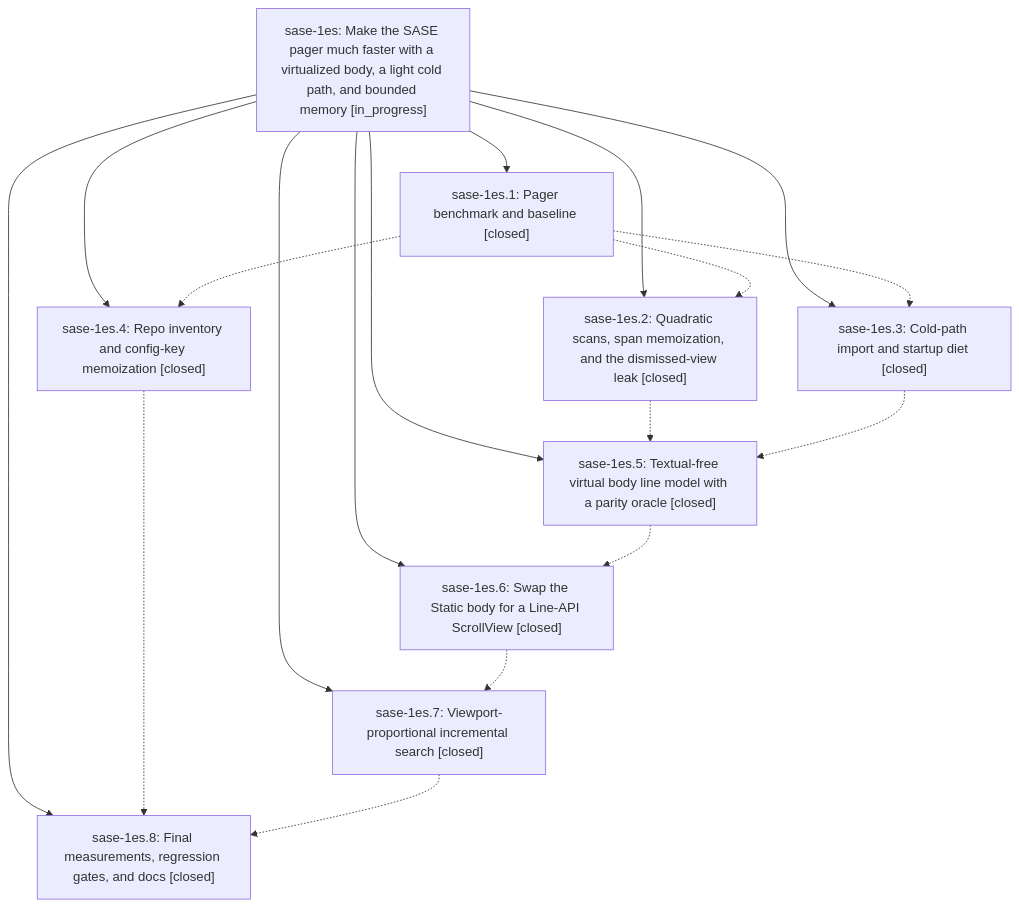
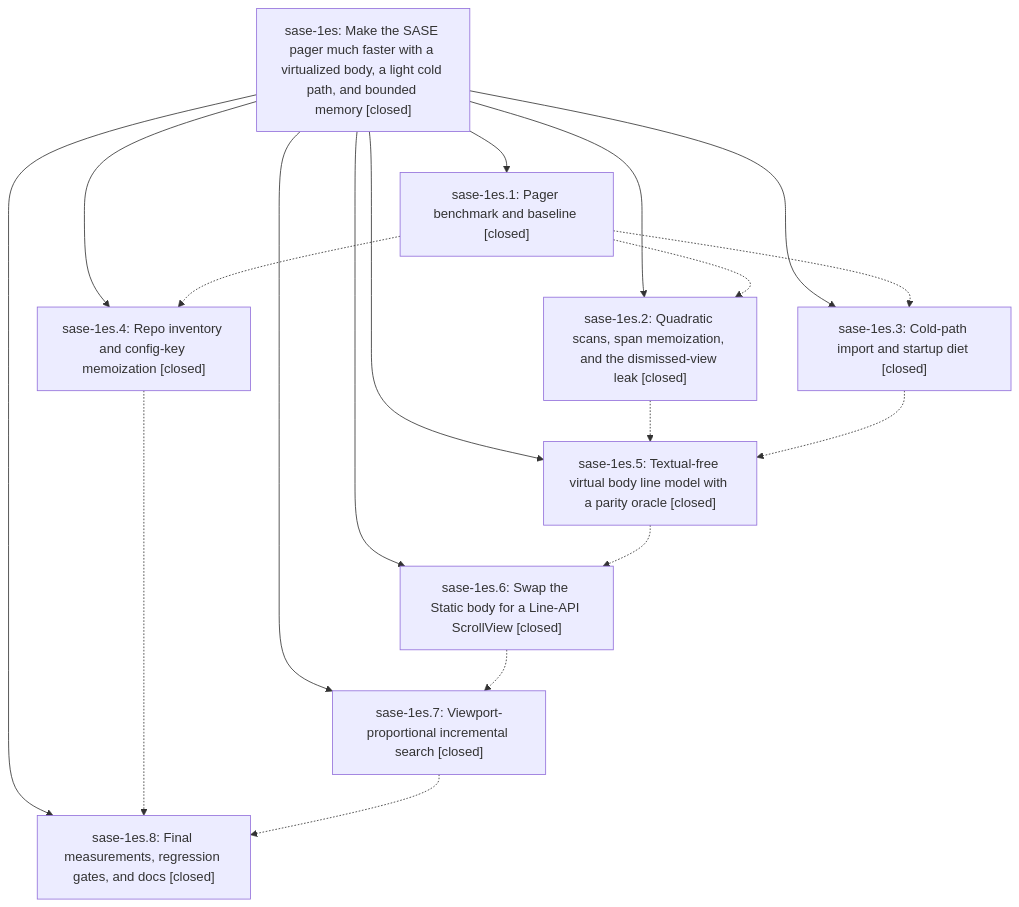
Before and after one commit to sase-org/sase--beads: the diagram in pages/sase-1es/README.md, drawn with Mermaid. The commit also changed other lines of this file and 8 other files, not shown here.

````diff
--- a/pages/sase-1es/README.md
+++ b/pages/sase-1es/README.md
@@ -33,29 +87,29 @@
 ```mermaid
 flowchart TD
-    n0["sase-1es: Make the SASE pager much faster with a virtualized body, a light cold path, and bounded memory [in_progress]"]
+    n0["sase-1es: Make the SASE pager much faster with a virtualized body, a light cold path, and bounded memory [closed]"]
     n1["sase-1es.1: Pager benchmark and baseline [closed]"]
     n2["sase-1es.2: Quadratic scans, span memoization, and the dismissed-view leak [closed]"]
     n3["sase-1es.3: Cold-path import and startup diet [closed]"]
     n4["sase-1es.4: Repo inventory and config-key memoization [closed]"]
     n5["sase-1es.5: Textual-free virtual body line model with a parity oracle [closed]"]
     n6["sase-1es.6: Swap the Static body for a Line-API ScrollView [closed]"]
     n7["sase-1es.7: Viewport-proportional incremental search [closed]"]
     n8["sase-1es.8: Final measurements, regression gates, and docs [closed]"]
     n0 --> n1
     n0 --> n2
     n0 --> n3
     n0 --> n4
     n0 --> n5
     n0 --> n6
     n0 --> n7
     n0 --> n8
     n1 -.-> n2
     n1 -.-> n3
     n1 -.-> n4
     n2 -.-> n5
     n3 -.-> n5
     n4 -.-> n8
     n5 -.-> n6
     n6 -.-> n7
     n7 -.-> n8
 ```
````
